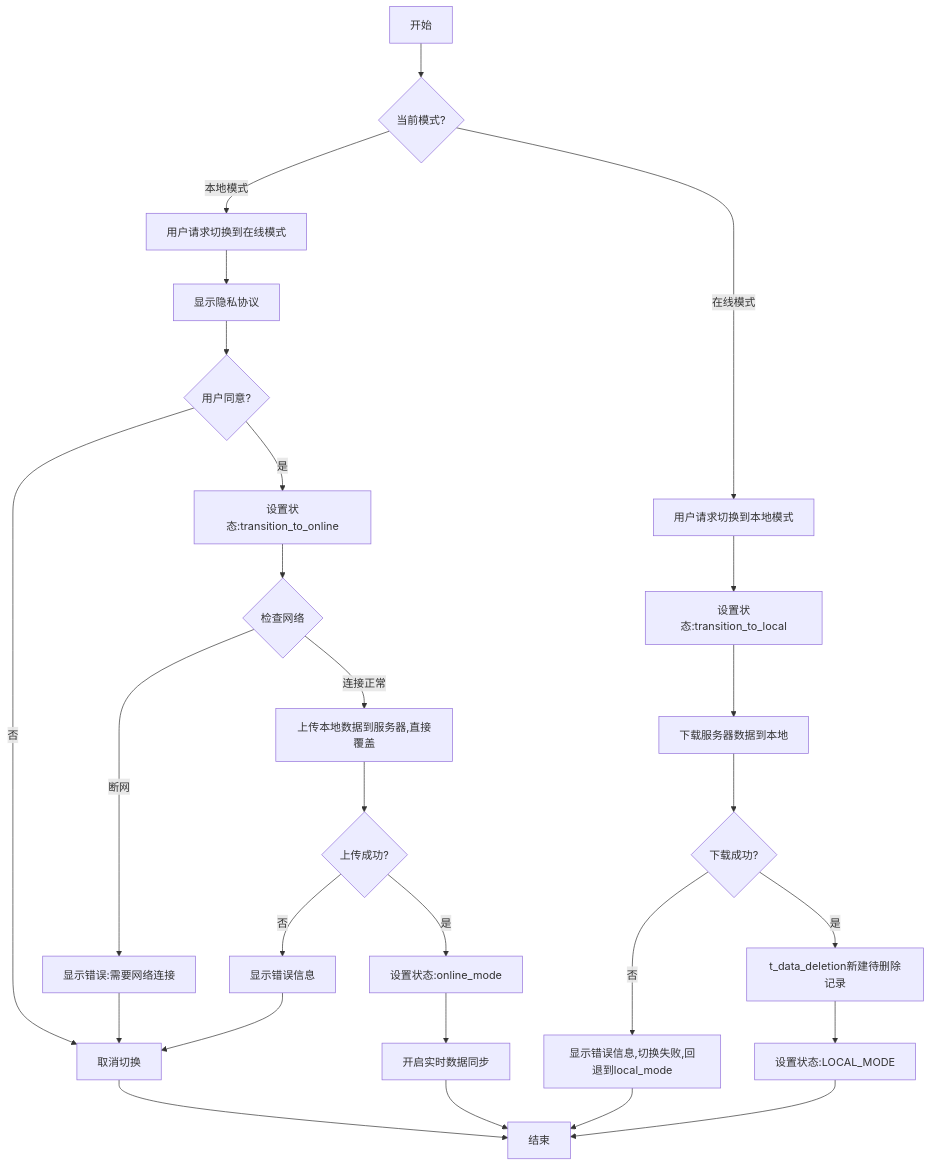
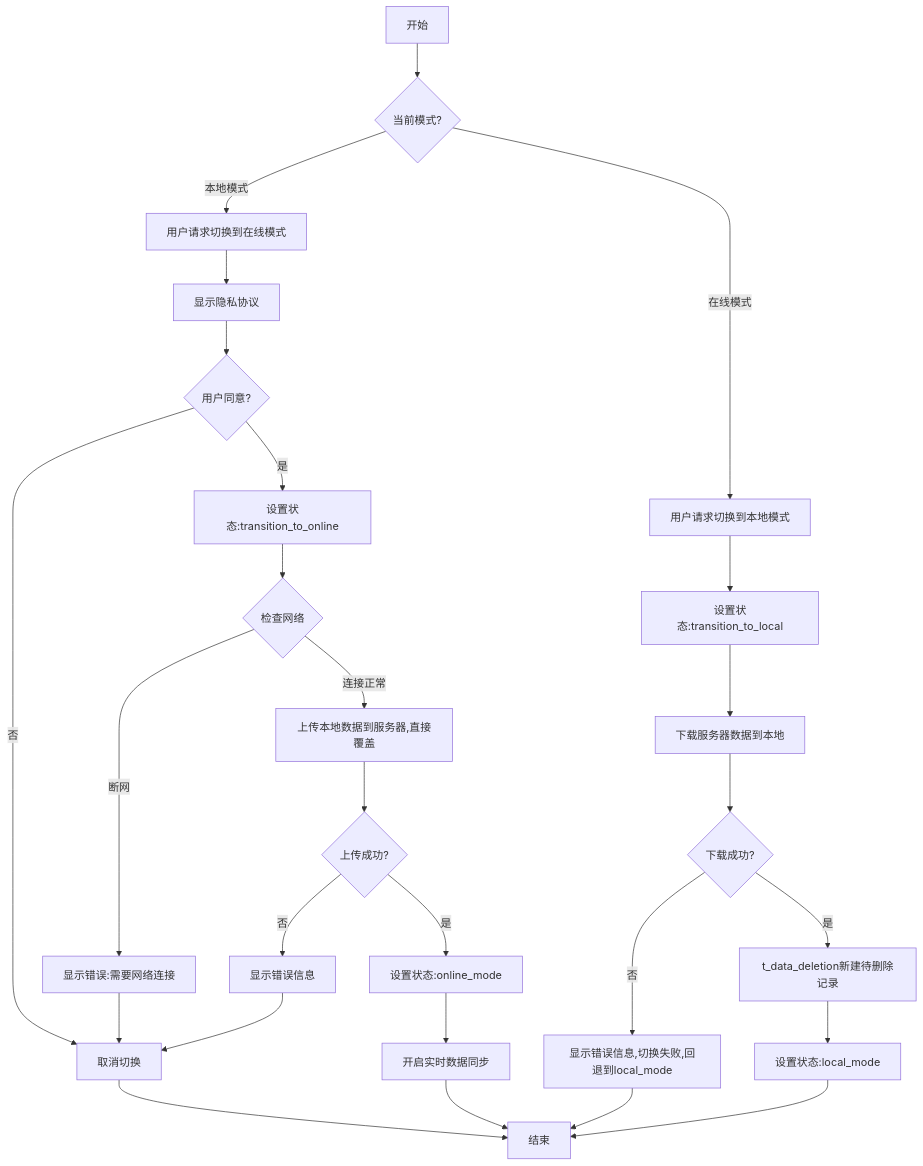
Before and after one commit to yingjianzh/iodraw-files: the diagram in all/未命名-50.md, drawn with Mermaid.

Commit message:
2025-05-08 16:16:27 update

````diff
--- a/all/未命名-50.md
+++ b/all/未命名-50.md
@@ -1,34 +1,34 @@
 ```mermaid
 
 flowchart TD
     A[开始] --> B{当前模式?}
     
     B -->|本地模式| C[用户请求切换到在线模式]
     C --> F[显示隐私协议]
     F --> G{用户同意?}
     G -->|否| H[取消切换]
     H --> Z[结束]
     G -->|是| I[设置状态:transition_to_online]
     I --> J{检查网络}
     J -->|断网| K[显示错误:需要网络连接]
     K --> H
     J -->|连接正常| O[上传本地数据到服务器,直接覆盖]
     O --> P{上传成功?}
     P -->|否| Q[显示错误信息]
     Q --> H
     P -->|是| R[设置状态:online_mode]
     R --> S[开启实时数据同步]
     S --> Z
     
     B -->|在线模式| T[用户请求切换到本地模式]
     T --> U[设置状态:transition_to_local]
     U --> X[下载服务器数据到本地]
     X --> Y{下载成功?}
     Y -->|否| AA2[显示错误信息,切换失败,回退到local_mode]
     AA2 --> Z
     Y -->|是| AB2[t_data_deletion新建待删除记录]
 
-    AB2 -->AE[设置状态:LOCAL_MODE]
+    AB2 -->AE[设置状态:local_mode]
     AE --> Z
 
 ```
````
